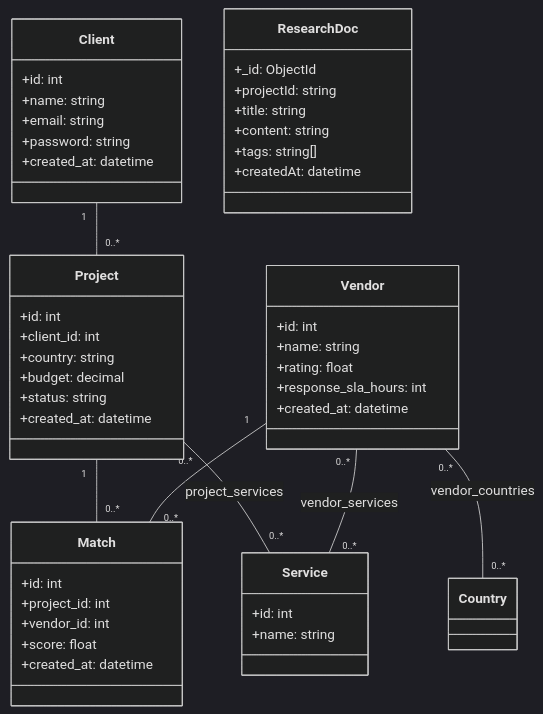
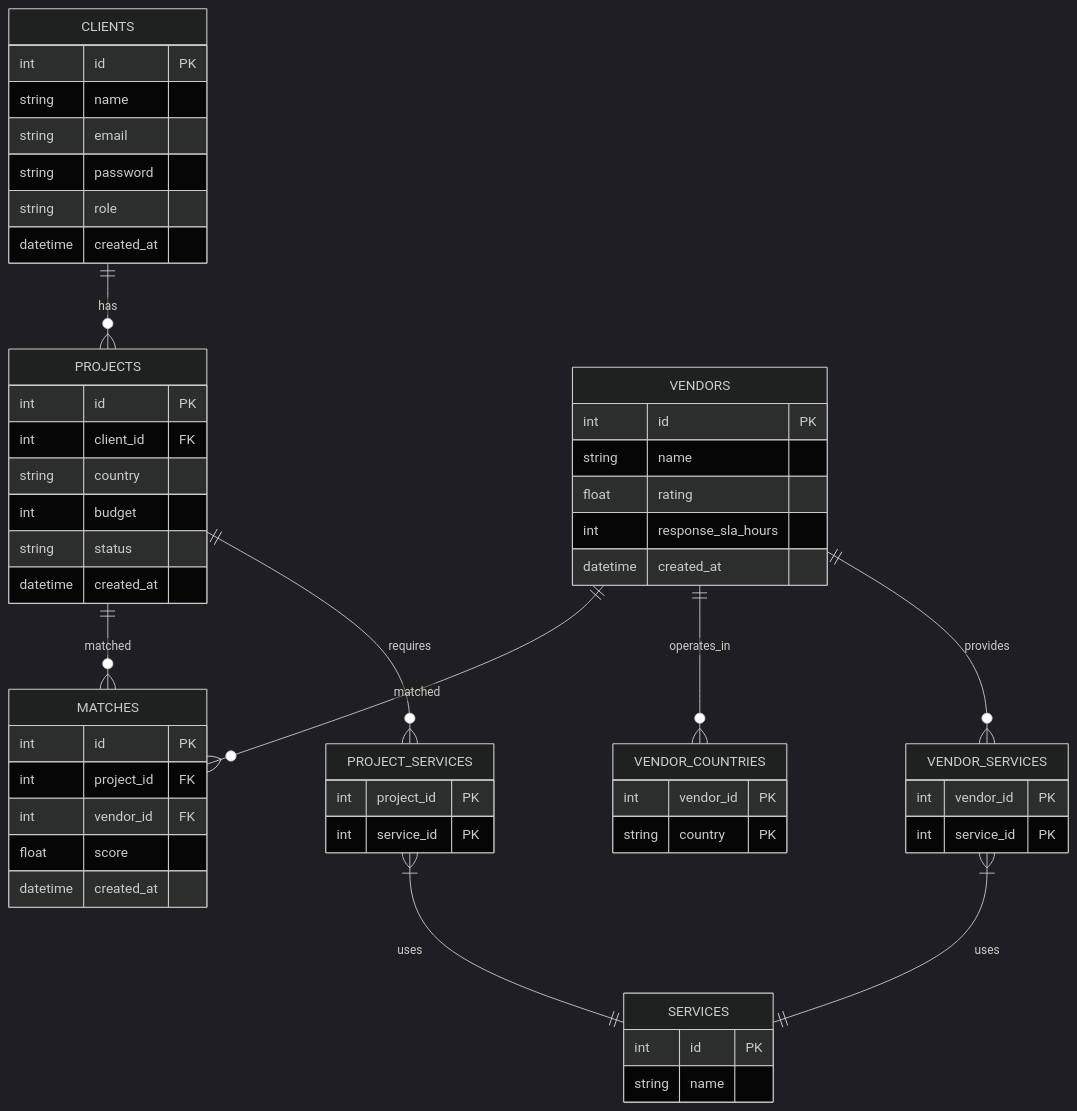
Before and after one commit to h4775346/expansion-management-api: the third of 7 diagrams in docs/SYSTEM_DESIGN.md, drawn with Mermaid (dark theme). The commit also changed other lines of this file and 9 other files, not shown here.

````diff
--- a/docs/SYSTEM_DESIGN.md
+++ b/docs/SYSTEM_DESIGN.md
@@ -59,56 +82,65 @@
 ```mermaid
-classDiagram
-    class Client {
-        +id: int
-        +name: string
-        +email: string
-        +password: string
-        +created_at: datetime
+erDiagram
+    CLIENTS ||--o{ PROJECTS : has
+    PROJECTS ||--o{ PROJECT_SERVICES : requires
+    PROJECT_SERVICES }|--|| SERVICES : uses
+    VENDORS ||--o{ VENDOR_SERVICES : provides
+    VENDORS ||--o{ VENDOR_COUNTRIES : operates_in
+    VENDOR_SERVICES }|--|| SERVICES : uses
+    PROJECTS ||--o{ MATCHES : matched
+    VENDORS ||--o{ MATCHES : matched
+
+    CLIENTS {
+        int id PK
+        string name
+        string email
+        string password
+        string role
+        datetime created_at
     }
     
-    class Project {
-        +id: int
-        +client_id: int
-        +country: string
-        +budget: decimal
-        +status: string
-        +created_at: datetime
+    PROJECTS {
+        int id PK
+        int client_id FK
+        string country
+        int budget
+        string status
+        datetime created_at
     }
     
-    class Vendor {
-        +id: int
-        +name: string
-        +rating: float
-        +response_sla_hours: int
-        +created_at: datetime
+    VENDORS {
+        int id PK
+        string name
+        float rating
+        int response_sla_hours
+        datetime created_at
     }
     
-    class Service {
-        +id: int
-        +name: string
+    SERVICES {
+        int id PK
+        string name
     }
     
-    class Match {
-        +id: int
-        +project_id: int
-        +vendor_id: int
-        +score: float
-        +created_at: datetime
+    PROJECT_SERVICES {
+        int project_id PK
+        int service_id PK
     }
     
-    class ResearchDoc {
-        +_id: ObjectId
-        +projectId: string
-        +title: string
-        +content: string
-        +tags: string[]
-        +createdAt: datetime
+    VENDOR_SERVICES {
+        int vendor_id PK
+        int service_id PK
     }
     
-    Client "1" -- "0..*" Project
-    Project "1" -- "0..*" Match
-    Vendor "1" -- "0..*" Match
-    Project "0..*" -- "0..*" Service : project_services
-    Vendor "0..*" -- "0..*" Service : vendor_services
-    Vendor "0..*" -- "0..*" Country : vendor_countries
+    VENDOR_COUNTRIES {
+        int vendor_id PK
+        string country PK
+    }
+    
+    MATCHES {
+        int id PK
+        int project_id FK
+        int vendor_id FK
+        float score
+        datetime created_at
+    }
 ```
````
